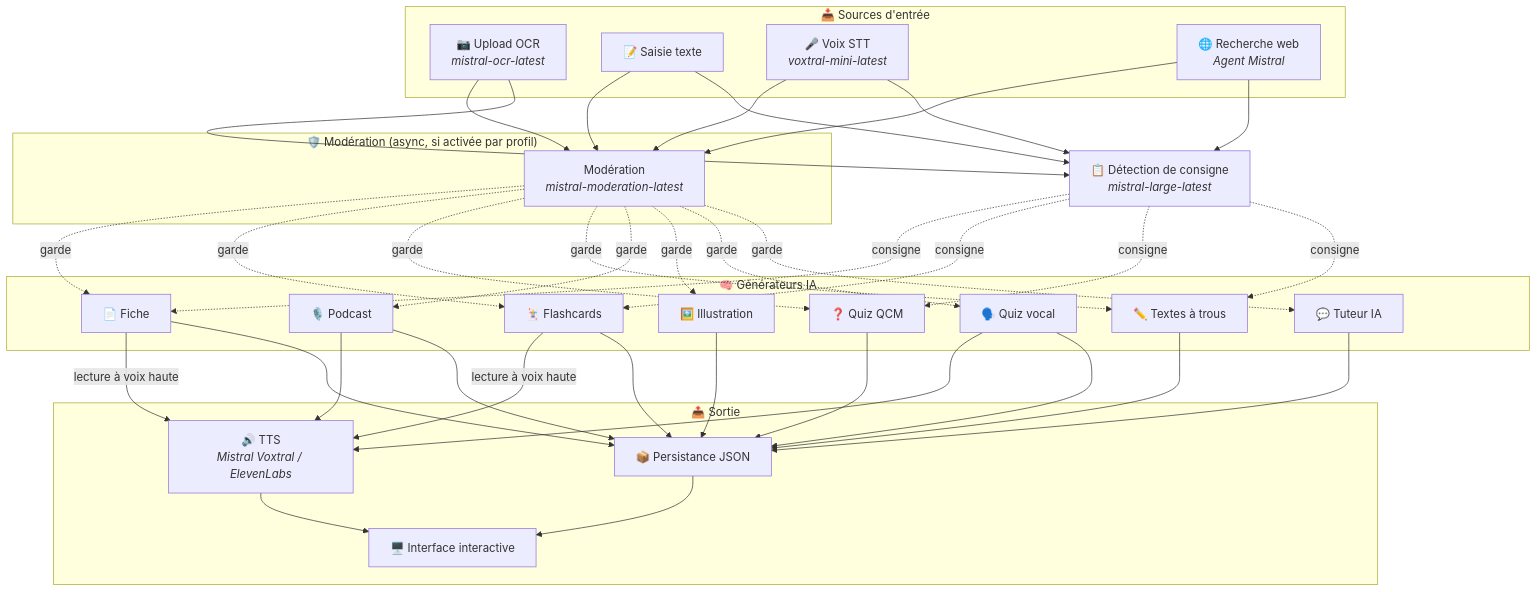
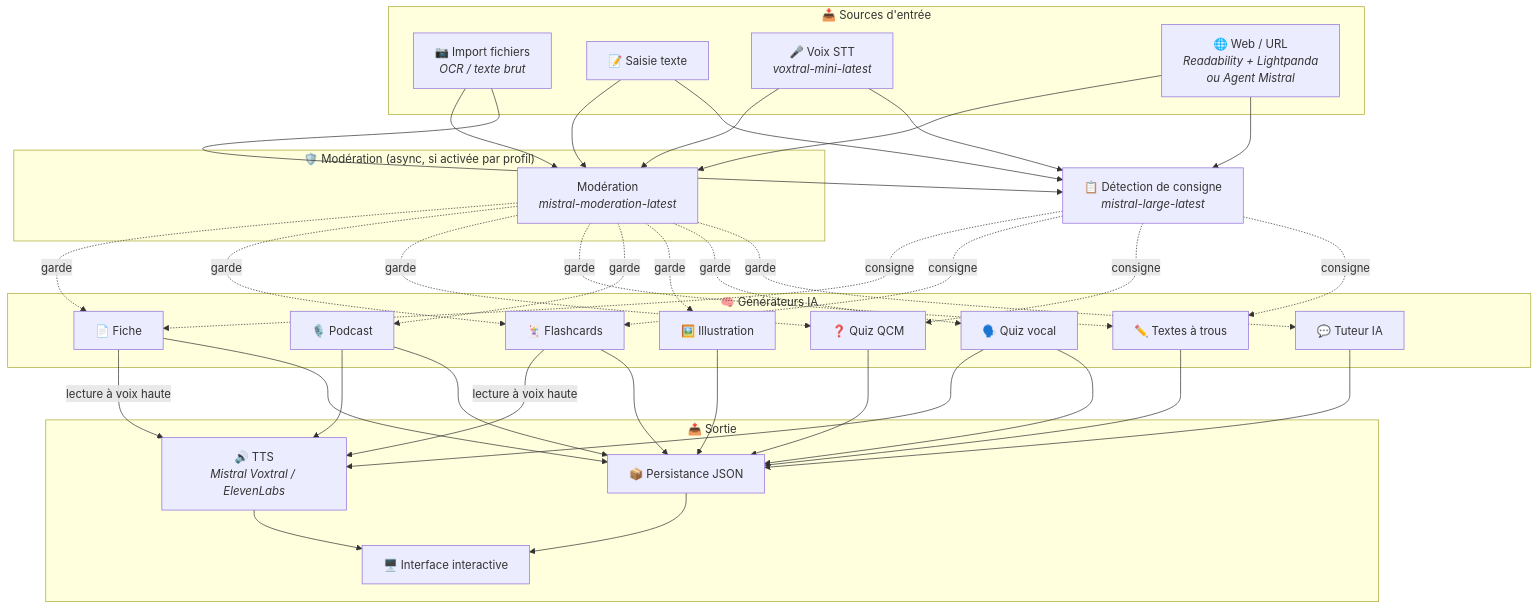
The first of 3 diagrams in README-ar.md (jls42/EurekAI), drawn with Mermaid before and after one commit. The commit also changed other lines of this file and 41 other files, not shown here.

````diff
--- a/README-ar.md
+++ b/README-ar.md
@@ -72,43 +72,43 @@
 ```mermaid
 graph TD
     subgraph "📥 Sources d'entrée"
-        OCR["📷 Upload OCR<br/><i>mistral-ocr-latest</i>"]
+        OCR["📷 Import fichiers<br/><i>OCR / texte brut</i>"]
         TXT["📝 Saisie texte"]
         MIC["🎤 Voix STT<br/><i>voxtral-mini-latest</i>"]
-        WEB["🌐 Recherche web<br/><i>Agent Mistral</i>"]
+        WEB["🌐 Web / URL<br/><i>Readability + Lightpanda<br/>ou Agent Mistral</i>"]
     end
 
     subgraph "🛡️ Modération (async, si activée par profil)"
         MOD["Modération<br/><i>mistral-moderation-latest</i>"]
     end
 
     CON["📋 Détection de consigne<br/><i>mistral-large-latest</i>"]
 
     subgraph "🧠 Générateurs IA"
         SUM["📄 Fiche"]
         FC["🃏 Flashcards"]
         QZ["❓ Quiz QCM"]
         FB["✏️ Textes à trous"]
         POD["🎙️ Podcast"]
         IMG["🖼️ Illustration"]
         QV["🗣️ Quiz vocal"]
         CHAT["💬 Tuteur IA"]
     end
 
     subgraph "📤 Sortie"
         TTS["🔊 TTS<br/><i>Mistral Voxtral / ElevenLabs</i>"]
         JSON["📦 Persistance JSON"]
         UI["🖥️ Interface interactive"]
     end
 
     OCR & TXT & MIC & WEB --> MOD
     OCR & TXT & MIC & WEB --> CON
     MOD -.->|garde| SUM & FC & QZ & FB & POD & IMG & QV & CHAT
     CON -.->|consigne| SUM & FC & QZ & FB
     POD --> TTS
     QV --> TTS
     SUM & FC -->|lecture à voix haute| TTS
     SUM & FC & QZ & FB & POD & IMG & QV & CHAT --> JSON
     JSON --> UI
     TTS --> UI
 ```
````
